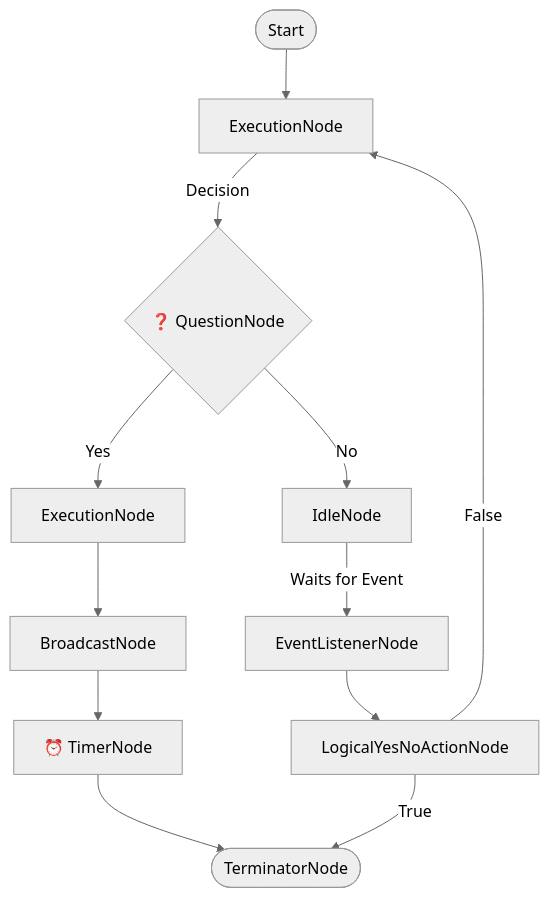
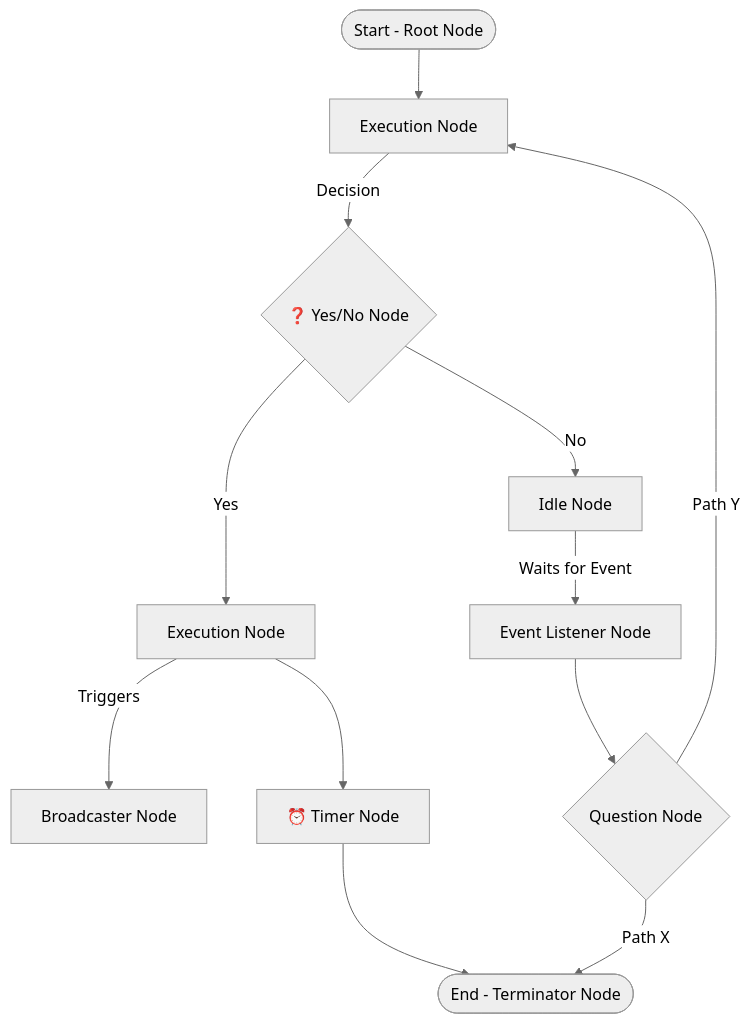
The diagram in docs/nodes/node.md (REAN-Foundation/workflow-service), drawn with Mermaid (neutral theme) before and after one commit. The commit also changed other lines of this file and 4 other files, not shown here.

````diff
--- a/docs/nodes/node.md
+++ b/docs/nodes/node.md
@@ -7,14 +7,14 @@
 ```mermaid
 graph TD;
-    Start([Start]) --> A[ExecutionNode]
-    A -->|Decision| B{"❓ QuestionNode"}
-    B -- Yes --> C[ExecutionNode]
-    B -- No --> D[IdleNode]
-    C --> E[BroadcastNode]
-    D -->|Waits for Event| F[EventListenerNode]
-    E --> G["⏰ TimerNode"]
-    F --> H[LogicalYesNoActionNode]
-    G --> Terminator([TerminatorNode])
-    H -- True --> Terminator
-    H -- False --> A
+    Start([Start - Root Node]) --> A[Execution Node]
+    A -->|Decision| B{"❓ Yes/No Node"}
+    B -- Yes --> C[Execution Node]
+    B -- No --> D[Idle Node]
+    C -- Triggers --> E[Broadcaster Node]
+    D -->|Waits for Event| F[Event Listener Node]
+    C --> G["⏰ Timer Node"]
+    F --> H{Question Node}
+    G --> Terminator([End - Terminator Node])
+    H -- Path X --> Terminator
+    H -- Path Y --> A
 ```
````
